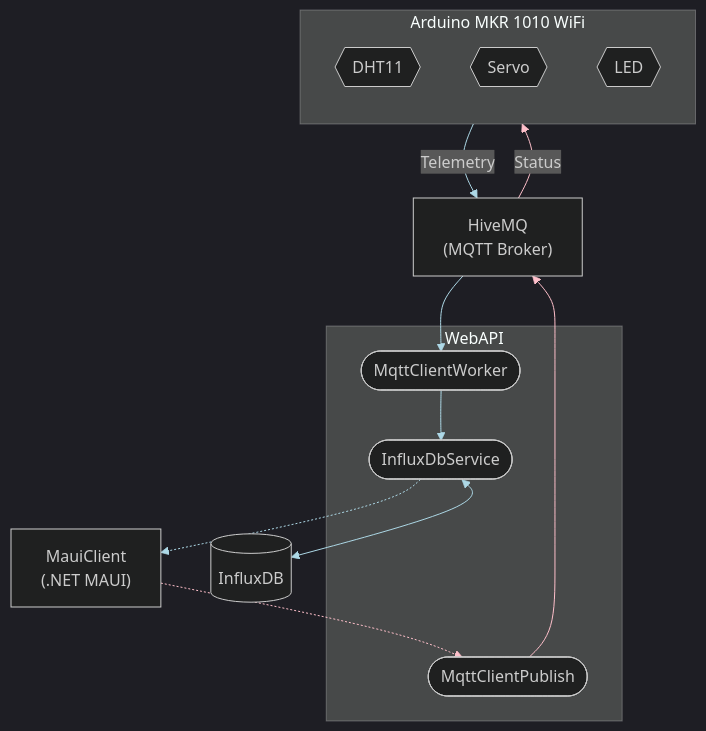
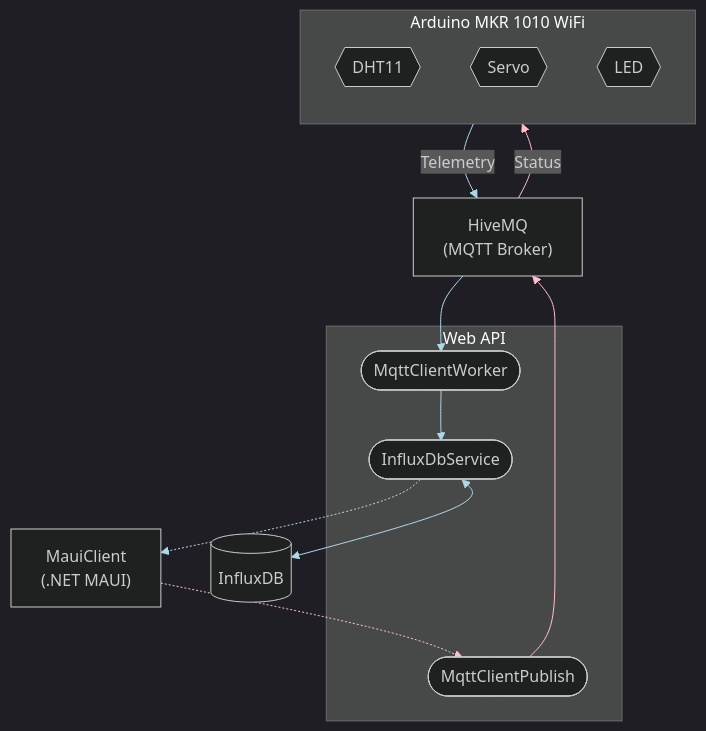
The diagram in README.md (AndreassenLearn/TelemetryProject), drawn with Mermaid (dark theme) before and after one commit. The commit also changed other lines of this file, not shown here.

````diff
--- a/README.md
+++ b/README.md
@@ -17,31 +22,31 @@
 ```mermaid
 flowchart TB
-    subgraph C[WebAPI]
+    subgraph C[Web API]
         CA([MqttClientWorker])-->CB([InfluxDbService])
         CC([MqttClientPublish])
         linkStyle 0 stroke:lightblue
     end
 
     subgraph A[Arduino MKR 1010 WiFi]
         direction TB
         AA{{DHT11}}
         AB{{Servo}}
         AC{{LED}}
     end
 
     A--"Telemetry"-->B["HiveMQ
     (MQTT Broker)"]
     B--"Status"-->A
 
     B-->CA
     CC-->B
 
     CB<-->D[(InfluxDB)]
     
     CB-.->E["MauiClient
     (.NET MAUI)"]
     E-.->CC
 
     linkStyle 1,3,5,6 stroke:lightblue
     linkStyle 2,4,7 stroke:pink
 ```
````
